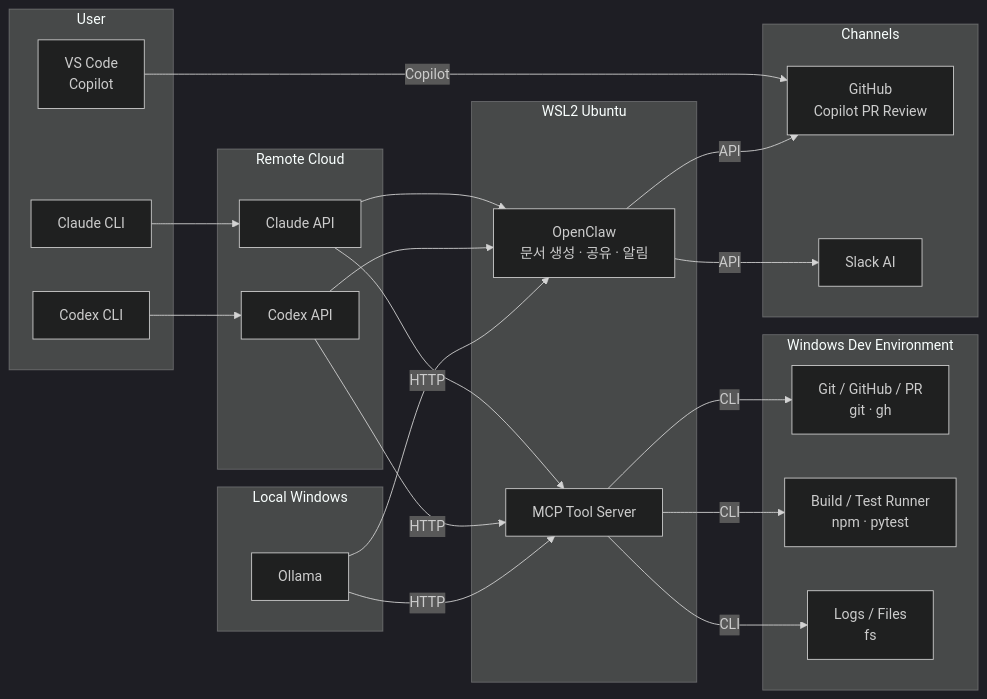
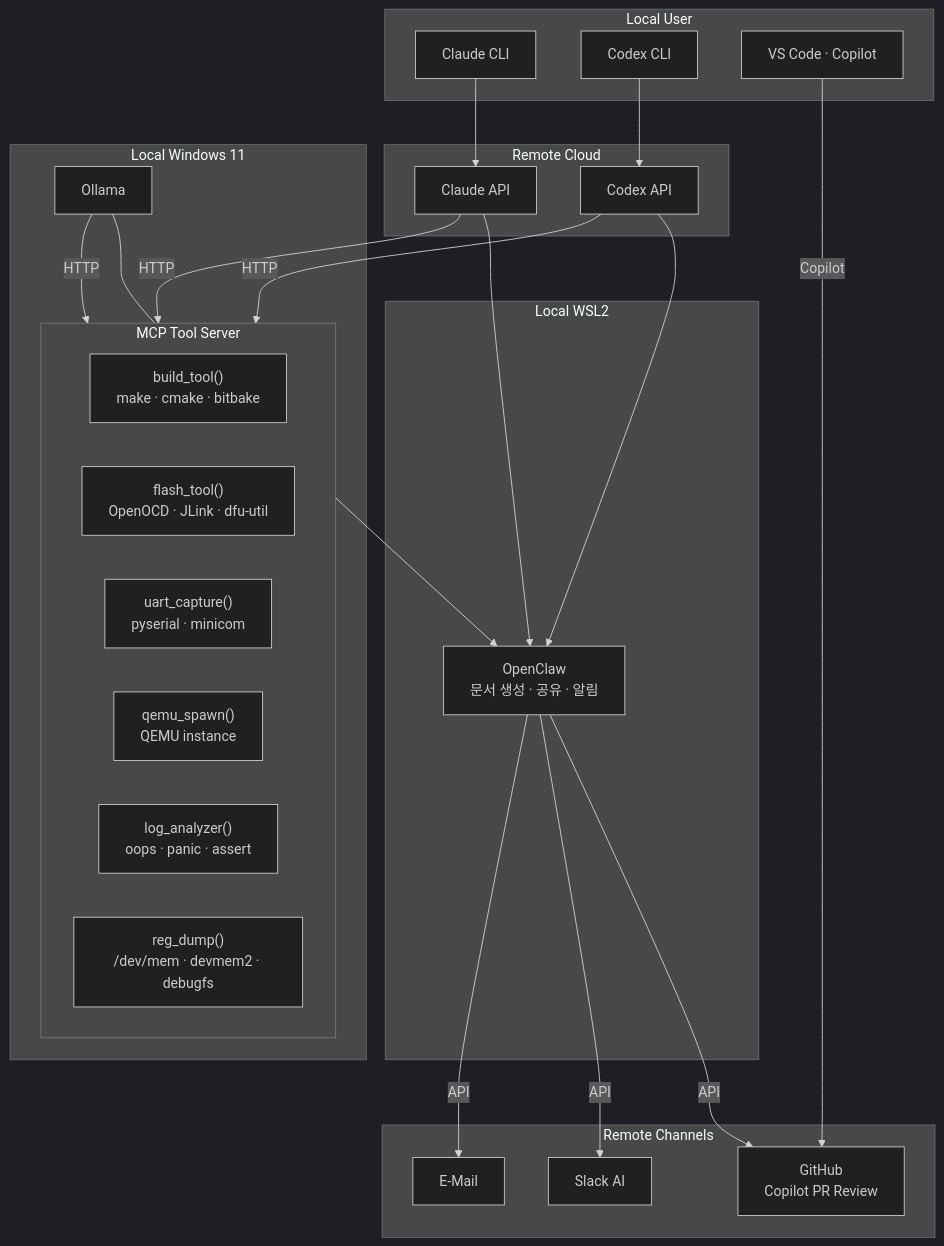
Before and after one commit to JeonghunLee/local-ai-agent-mcp: the first of 2 diagrams in docs/architecture/system-design.md, drawn with Mermaid (dark theme). The commit also changed other lines of this file, not shown here.

````diff
--- a/docs/architecture/system-design.md
+++ b/docs/architecture/system-design.md
@@ -26,52 +28,51 @@
 ```mermaid
-graph LR
-    subgraph UserCLI["User"]
+graph TD
+    subgraph UserCLI["Local User"]
         ClaudeCLI["Claude CLI"]
         CodexCLI["Codex CLI"]
-        VSCode["VS Code\nCopilot"]
+        VSCode["VS Code · Copilot"]
     end
 
     subgraph Remote["Remote Cloud"]
         Claude["Claude API"]
         Codex["Codex API"]
     end
 
-    subgraph Local["Local Windows"]
-        Ollama["Ollama"]
+    subgraph LocalWSL2["Local WSL2"]
+        OpenClaw["OpenClaw\n문서 생성 · 공유 · 알림"]
     end
 
-    subgraph WSL2["WSL2 Ubuntu"]
-        OpenClaw["OpenClaw\n문서 생성 · 공유 · 알림"]
-        MCP["MCP Tool Server"]
+    subgraph LocalWindows["Local Windows 11"]
+        Ollama["Ollama"]
+        subgraph MCPTools["MCP Tool Server"]
+            Build["build_tool()\nmake · cmake · bitbake"]
+            Flash["flash_tool()\nOpenOCD · JLink · dfu-util"]
+            Uart["uart_capture()\npyserial · minicom"]
+            Qemu["qemu_spawn()\nQEMU instance"]
+            LogA["log_analyzer()\noops · panic · assert"]
+            Reg["reg_dump()\n/dev/mem · devmem2 · debugfs"]
+        end
     end
 
-    subgraph WinDev["Windows Dev Environment"]
-        Git["Git / GitHub / PR\ngit · gh"]
-        Test["Build / Test Runner\nnpm · pytest"]
-        Files["Logs / Files\nfs"]
-    end
-
-    subgraph Channels["Channels"]
+    subgraph Channels["Remote Channels"]
         GitHub["GitHub\nCopilot PR Review"]
         Slack["Slack AI"]
+        EMail["E-Mail"]              
     end
 
     ClaudeCLI --> Claude
     CodexCLI --> Codex
     VSCode -->|Copilot| GitHub
 
     Claude --> OpenClaw
     Codex --> OpenClaw
     Ollama --> OpenClaw
 
-    Claude -->|HTTP| MCP
-    Codex -->|HTTP| MCP
-    Ollama -->|HTTP| MCP
+    Claude -->|HTTP| MCPTools
+    Codex -->|HTTP| MCPTools
+    Ollama -->|HTTP| MCPTools
 
     OpenClaw -->|API| GitHub
     OpenClaw -->|API| Slack
-
-    MCP -->|CLI| Git
-    MCP -->|CLI| Test
-    MCP -->|CLI| Files
+    OpenClaw -->|API| EMail        
 ```
````
